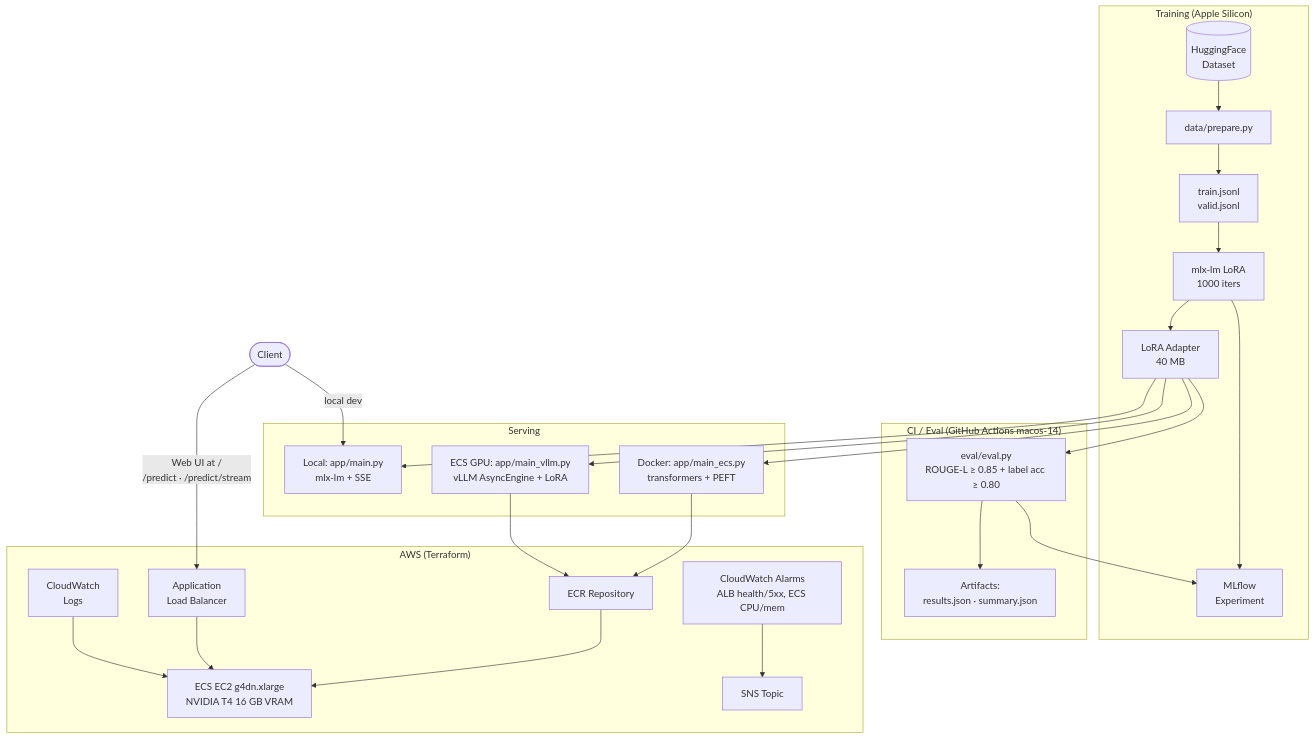
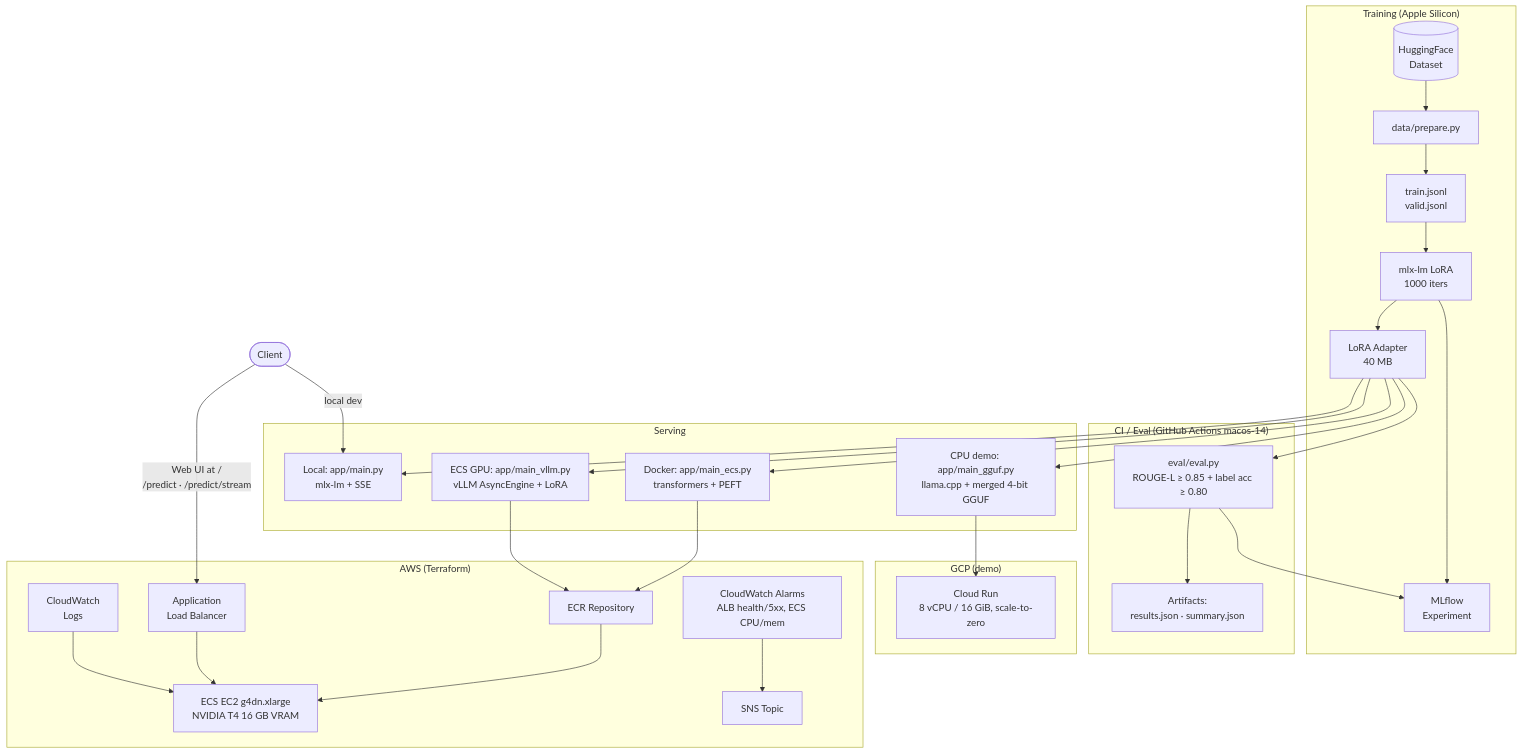
Before and after one commit to matthew-fitzgerald123/financial-sentiment-llm: the diagram in README.md, drawn with Mermaid. The commit also changed other lines of this file and 7 other files, not shown here.

Commit message:
Add CPU-only GGUF serving entrypoint for Cloud Run demo deployment

````diff
--- a/README.md
+++ b/README.md
@@ -29,34 +29,39 @@
 ```mermaid
 flowchart TD
     subgraph Train["Training (Apple Silicon)"]
         DS[(HuggingFace\nDataset)] --> DP[data/prepare.py]
         DP --> JSONL[train.jsonl\nvalid.jsonl]
         JSONL --> LT[mlx-lm LoRA\n1000 iters]
         LT --> ADPT[LoRA Adapter\n40 MB]
         LT --> MLF[MLflow\nExperiment]
     end
 
     subgraph Eval["CI / Eval (GitHub Actions macos-14)"]
         ADPT --> EV[eval/eval.py\nROUGE-L ≥ 0.85 + label acc ≥ 0.80]
         EV --> AR[Artifacts:\nresults.json · summary.json]
         EV --> MLF
     end
 
     subgraph Serve["Serving"]
         ADPT --> LC[Local: app/main.py\nmlx-lm + SSE]
         ADPT --> DC[Docker: app/main_ecs.py\ntransformers + PEFT]
         ADPT --> VL[ECS GPU: app/main_vllm.py\nvLLM AsyncEngine + LoRA]
+        ADPT --> GG[CPU demo: app/main_gguf.py\nllama.cpp + merged 4-bit GGUF]
+    end
+
+    subgraph GCP["GCP (demo)"]
+        GG --> CR[Cloud Run\n8 vCPU / 16 GiB, scale-to-zero]
     end
 
     subgraph AWS["AWS (Terraform)"]
         ECR[ECR Repository] --> ECS[ECS EC2 g4dn.xlarge\nNVIDIA T4 16 GB VRAM]
         ALB[Application\nLoad Balancer] --> ECS
         CW[CloudWatch\nLogs] --> ECS
         ALARMS[CloudWatch Alarms\nALB health/5xx, ECS CPU/mem] --> SNS[SNS Topic]
     end
 
     DC --> ECR
     VL --> ECR
     Client([Client]) -->|Web UI at /\n/predict · /predict/stream| ALB
     Client -->|local dev| LC
 ```
````
